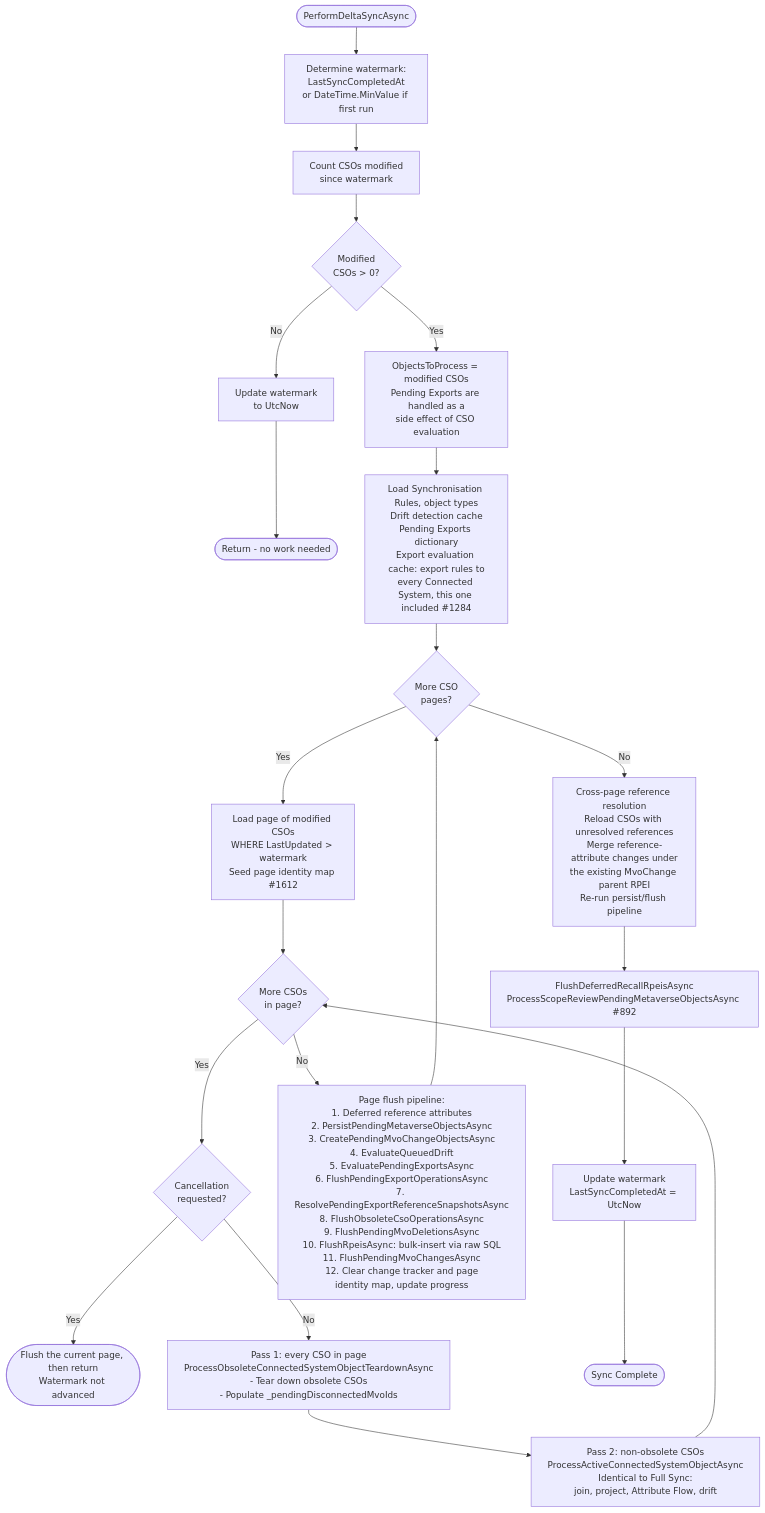
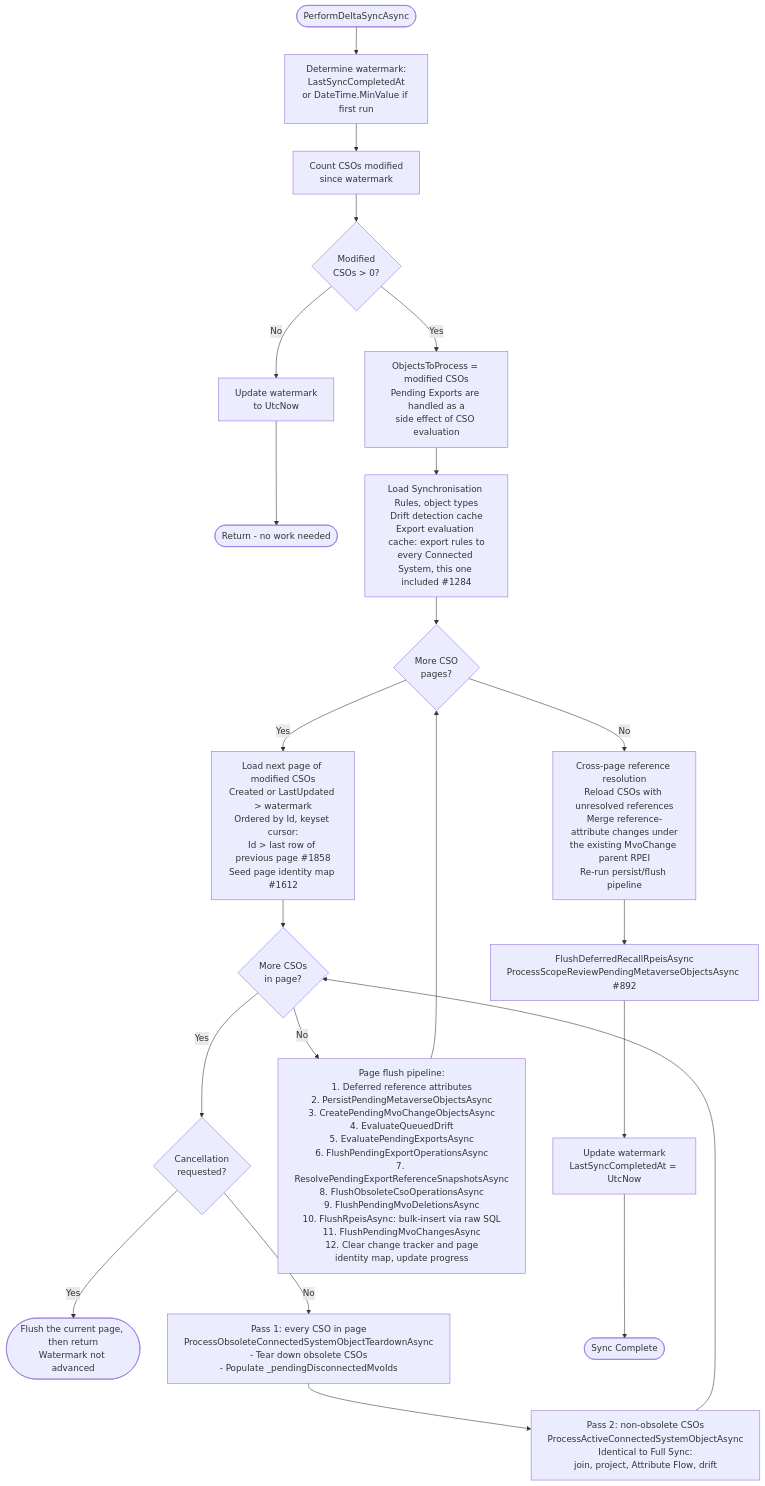
Before and after one commit to TetronIO/JIM: the first of 2 diagrams in docs/developer/diagrams/DELTA_SYNC_FLOW.md, drawn with Mermaid. The commit also changed other lines of this file and 28 other files, not shown here.

First line of the commit message:
docs: update documentation and diagrams for v0.16.0 release

````diff
--- a/docs/developer/diagrams/DELTA_SYNC_FLOW.md
+++ b/docs/developer/diagrams/DELTA_SYNC_FLOW.md
@@ -23,32 +23,32 @@
 ```mermaid
 flowchart TD
     Start([PerformDeltaSyncAsync]) --> Watermark[Determine watermark:<br/>LastSyncCompletedAt<br/>or DateTime.MinValue if first run]
 
     Watermark --> CountModified[Count CSOs modified<br/>since watermark]
     CountModified --> HasChanges{Modified<br/>CSOs > 0?}
 
     HasChanges -->|No| EarlyWatermark[Update watermark<br/>to UtcNow]
     EarlyWatermark --> EarlyDone([Return - no work needed])
 
     HasChanges -->|Yes| CountPE[ObjectsToProcess = modified CSOs<br/>Pending Exports are handled as a<br/>side effect of CSO evaluation]
-    CountPE --> LoadCaches[Load Synchronisation Rules, object types<br/>Drift detection cache<br/>Pending Exports dictionary<br/>Export evaluation cache: export rules to<br/>every Connected System, this one included #1284]
+    CountPE --> LoadCaches[Load Synchronisation Rules, object types<br/>Drift detection cache<br/>Export evaluation cache: export rules to<br/>every Connected System, this one included #1284]
 
     LoadCaches --> PageLoop{More CSO<br/>pages?}
 
-    PageLoop -->|Yes| LoadPage[Load page of modified CSOs<br/>WHERE LastUpdated > watermark<br/>Seed page identity map #1612]
+    PageLoop -->|Yes| LoadPage[Load next page of modified CSOs<br/>Created or LastUpdated > watermark<br/>Ordered by Id, keyset cursor:<br/>Id > last row of previous page #1858<br/>Seed page identity map #1612]
     LoadPage --> CsoLoop{More CSOs<br/>in page?}
 
     CsoLoop -->|Yes| CheckCancel{Cancellation<br/>requested?}
     CheckCancel -->|Yes| Return([Flush the current page, then return<br/>Watermark not advanced])
     CheckCancel -->|No| Pass1[Pass 1: every CSO in page<br/>ProcessObsoleteConnectedSystemObjectTeardownAsync<br/>- Tear down obsolete CSOs<br/>- Populate _pendingDisconnectedMvoIds]
     Pass1 --> Pass2[Pass 2: non-obsolete CSOs<br/>ProcessActiveConnectedSystemObjectAsync<br/>Identical to Full Sync:<br/>join, project, Attribute Flow, drift]
     Pass2 --> CsoLoop
 
     CsoLoop -->|No| PageFlush[Page flush pipeline:<br/>1. Deferred reference attributes<br/>2. PersistPendingMetaverseObjectsAsync<br/>3. CreatePendingMvoChangeObjectsAsync<br/>4. EvaluateQueuedDrift<br/>5. EvaluatePendingExportsAsync<br/>6. FlushPendingExportOperationsAsync<br/>7. ResolvePendingExportReferenceSnapshotsAsync<br/>8. FlushObsoleteCsoOperationsAsync<br/>9. FlushPendingMvoDeletionsAsync<br/>10. FlushRpeisAsync: bulk-insert via raw SQL<br/>11. FlushPendingMvoChangesAsync<br/>12. Clear change tracker and page<br/>identity map, update progress]
     PageFlush --> PageLoop
 
     PageLoop -->|No| CrossPage[Cross-page reference resolution<br/>Reload CSOs with unresolved references<br/>Merge reference-attribute changes under<br/>the existing MvoChange parent RPEI<br/>Re-run persist/flush pipeline]
     CrossPage --> PostPasses[FlushDeferredRecallRpeisAsync<br/>ProcessScopeReviewPendingMetaverseObjectsAsync #892]
     PostPasses --> UpdateWatermark[Update watermark<br/>LastSyncCompletedAt = UtcNow]
     UpdateWatermark --> Done([Sync Complete])
 ```
````
